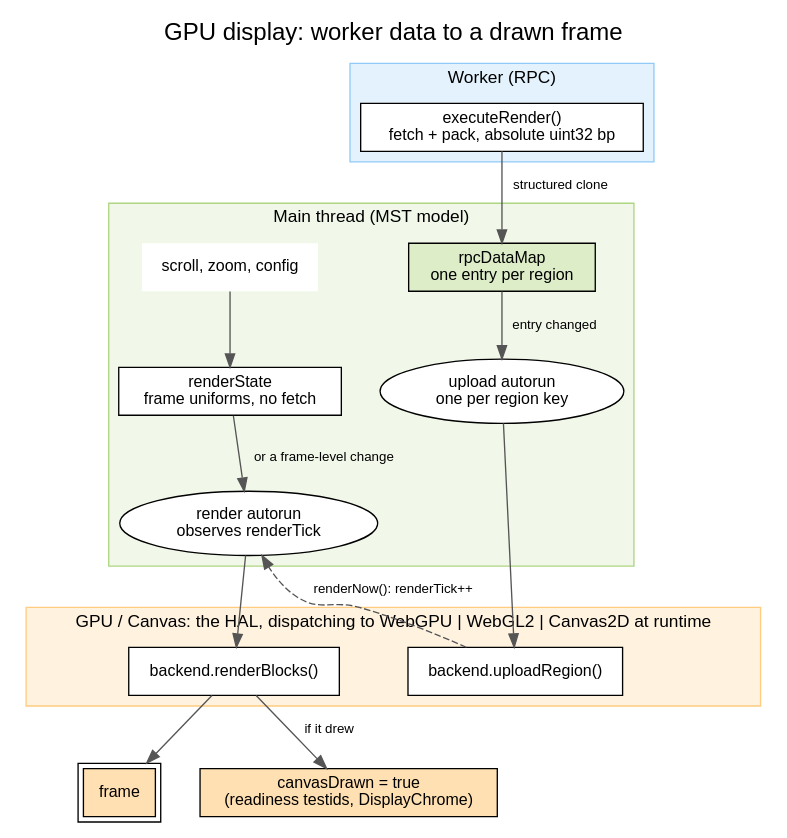
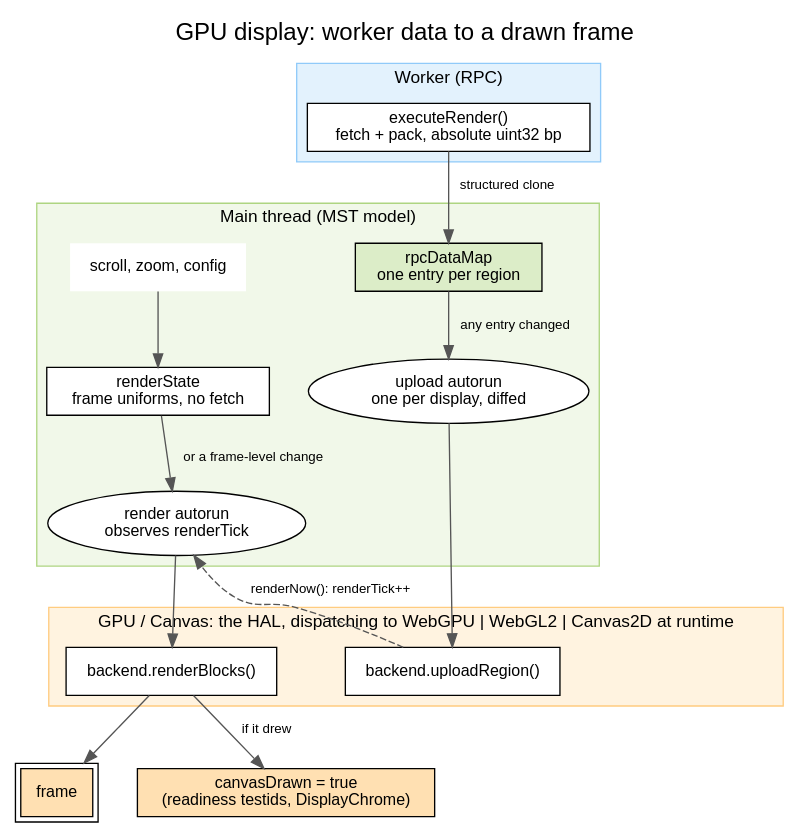
Before and after one commit to GMOD/jbrowse-components: the diagram in website/diagrams/gpu_display_lifecycle.dot, drawn with Graphviz. The commit also changed 17 other files, not shown here.

```diff
--- a/website/diagrams/gpu_display_lifecycle.dot
+++ b/website/diagrams/gpu_display_lifecycle.dot
@@ -1,107 +1,107 @@
 digraph gpu_display_lifecycle {
   rankdir=TB
   labelloc=t
   fontname="Helvetica"
   fontsize=18
   label="GPU display: worker data to a drawn frame"
   compound=true
   nodesep=0.4
   ranksep=0.55
 
   node [shape=box, fontname="Helvetica", fontsize=12, style=filled, fillcolor="#ffffff"]
   edge [fontname="Helvetica", fontsize=10, color="#555555"]
 
   // TOP TO BOTTOM rather than left to right. As three side-by-side lanes this
   // came out about 7:1, which on a docs page is a strip with unreadable text,
   // and the renderTick edge, the loop the caption says the figure is OF, had
   // to run the whole width back under everything with its label parked in the
   // middle of the frame, attached to neither end. Stacked, each lane is a band
   // and that edge is one rank tall.
 
   // ── Worker ───────────────────────────────────────────────────────
   subgraph cluster_worker {
     label="Worker (RPC)"
     labelloc=t
     fontname="Helvetica"
     fontsize=13
     style=filled
     fillcolor="#e3f2fd"
     color="#90caf9"
 
     exec [label="executeRender()\nfetch + pack, absolute uint32 bp"]
   }
 
   // ── Main thread ──────────────────────────────────────────────────
   subgraph cluster_main {
     label="Main thread (MST model)"
     labelloc=t
     fontname="Helvetica"
     fontsize=13
     style=filled
     fillcolor="#f1f8e9"
     color="#aed581"
 
     rpcdata [label="rpcDataMap\none entry per region", fillcolor="#dcedc8"]
-    uploadrun [label="upload autorun\none per region key", shape=ellipse]
+    uploadrun [label="upload autorun\none per display, diffed", shape=ellipse]
     // Scroll and zoom are why renderState exists. Without them it reads as a
     // node nothing feeds, and the render autorun looks like it has one trigger
     // when the whole point of the pair is that it has two. Inside this lane
     // because they are main-thread view state; outside it, the edge crossed
     // the cluster's own label on the way in.
     viewstate [label="scroll, zoom, config", shape=plaintext, fillcolor="#ffffff"]
     renderstate [label="renderState\nframe uniforms, no fetch"]
     renderrun [label="render autorun\nobserves renderTick", shape=ellipse]
   }
 
   // ── GPU / Canvas ─────────────────────────────────────────────────
   subgraph cluster_gpu {
     // The runtime choice belongs in the lane's own name. As a separate dashed
     // node with a "dispatch" edge it took the rank directly under
     // renderBlocks(), which pushed both outputs two ranks further down and
     // made their edges cross the lane on the way there, and it drew the HAL
     // as something the renderer calls out to, when the HAL is the lane.
     label="GPU / Canvas: the HAL, dispatching to WebGPU | WebGL2 | Canvas2D at runtime"
     labelloc=t
     fontname="Helvetica"
     fontsize=13
     style=filled
     fillcolor="#fff3e0"
     color="#ffcc80"
 
     upload [label="backend.uploadRegion()"]
     render [label="backend.renderBlocks()"]
   }
 
   // The two things a finished frame produces. `canvasDrawn` was missing
   // entirely, and it is the half of the answer anything outside the display
   // reads: markCanvasDrawn() flips it when renderBlocks() reports it drew, and
   // that flag is what the readiness testids and DisplayChrome's loading state
   // are waiting on. A figure that ends at "frame" says a picture appeared but
   // not how the rest of the app finds out.
   frame [label="frame", fillcolor="#ffe0b2", peripheries=2]
   drawn [label="canvasDrawn = true\n(readiness testids, DisplayChrome)", fillcolor="#ffe0b2"]
 
   exec -> rpcdata [label="  structured clone"]
-  rpcdata -> uploadrun [label="  entry changed"]
+  rpcdata -> uploadrun [label="  any entry changed"]
   uploadrun -> upload
 
   // renderNow() bumps renderTick on the MODEL and the RENDER AUTORUN is what
   // observes it (`void self.renderTick`). The old edge landed on renderState
   // instead, which is not a thing renderNow() touches, and renderState is
   // read by the render callback, so pointing the tick there implied the upload
   // path recomputes frame uniforms.
   upload -> renderrun [
     label="  renderNow(): renderTick++"
     style=dashed
     constraint=false
   ]
 
   viewstate -> renderstate
   renderstate -> renderrun [label="  or a frame-level change"]
   renderrun -> render
   render -> frame
   render -> drawn [label="  if it drew"]
   // Both outputs on one rank under the lanes, so neither lands inside the GPU
   // cluster's box and reads as another thing the HAL owns.
   { rank=same; frame; drawn }
 }
```
